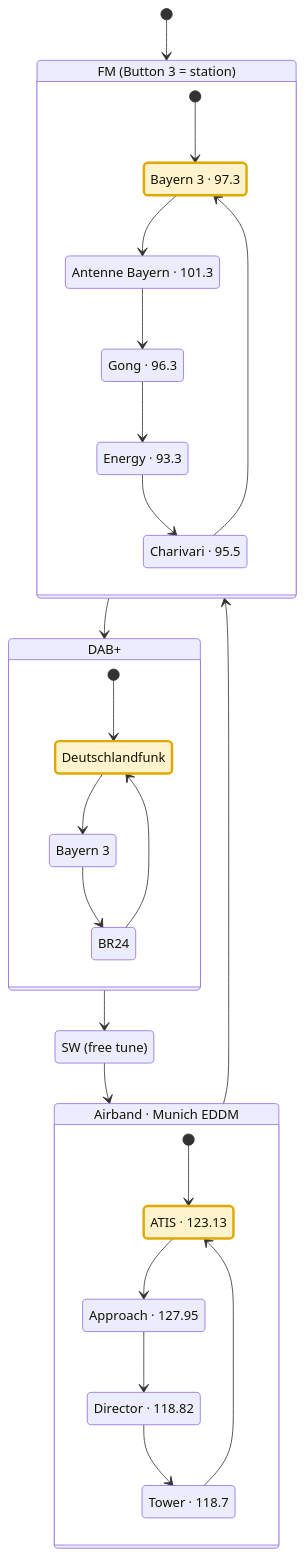
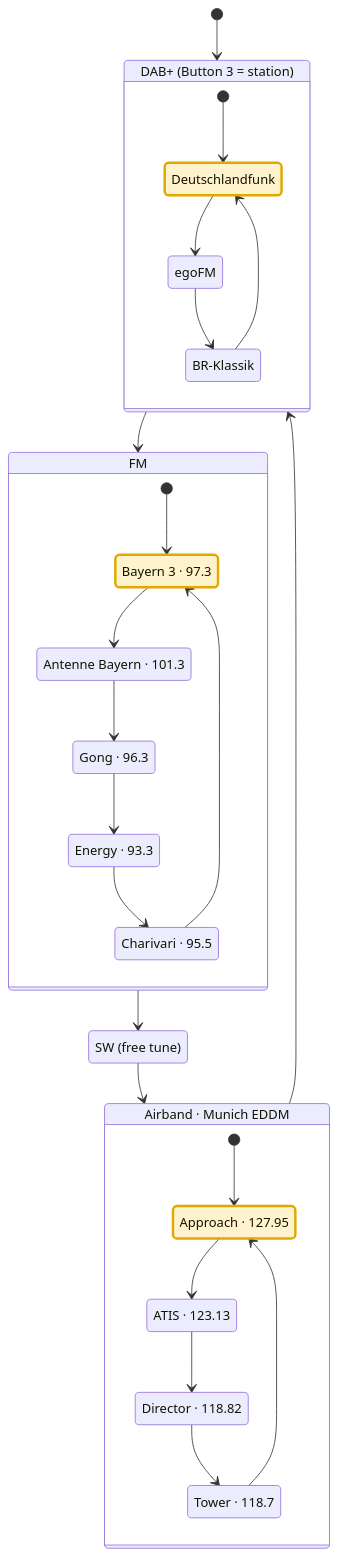
Before and after one commit to hgn/balkon-borg: the second of 2 diagrams in src/architecture.md, drawn with Mermaid. The commit also changed other lines of this file and 2 other files, not shown here.

First line of the commit message:
src: SDR idle default = ADS-B; refine station lists and order

````diff
--- a/src/architecture.md
+++ b/src/architecture.md
@@ -180,44 +181,44 @@
 ```mermaid
 stateDiagram-v2
-  [*] --> FM
-  FM --> DAB
-  DAB --> SW
+  [*] --> DAB
+  DAB --> FM
+  FM --> SW
   SW --> Airband
-  Airband --> FM
-  state "FM  (Button 3 = station)" as FM {
+  Airband --> DAB
+  state "DAB+  (Button 3 = station)" as DAB {
+    state "Deutschlandfunk" as Dlf
+    state "egoFM" as egoFM
+    state "BR-Klassik" as BRKlassik
+    [*] --> Dlf
+    Dlf --> egoFM
+    egoFM --> BRKlassik
+    BRKlassik --> Dlf
+  }
+  state "FM" as FM {
     state "Bayern 3 · 97.3" as Bayern3
     state "Antenne Bayern · 101.3" as Antenne
     state "Gong · 96.3" as Gong
     state "Energy · 93.3" as EnergyM
     state "Charivari · 95.5" as Charivari
     [*] --> Bayern3
     Bayern3 --> Antenne
     Antenne --> Gong
     Gong --> EnergyM
     EnergyM --> Charivari
     Charivari --> Bayern3
   }
-  state "DAB+" as DAB {
-    state "Deutschlandfunk" as Dlf
-    state "Bayern 3" as BR3
-    state "BR24" as BR24
-    [*] --> Dlf
-    Dlf --> BR3
-    BR3 --> BR24
-    BR24 --> Dlf
-  }
   state "SW (free tune)" as SW
   state "Airband · Munich EDDM" as Airband {
+    state "Approach · 127.95" as Approach
     state "ATIS · 123.13" as ATIS
-    state "Approach · 127.95" as Approach
     state "Director · 118.82" as Director
     state "Tower · 118.7" as Tower
-    [*] --> ATIS
-    ATIS --> Approach
-    Approach --> Director
+    [*] --> Approach
+    Approach --> ATIS
+    ATIS --> Director
     Director --> Tower
-    Tower --> ATIS
+    Tower --> Approach
   }
   classDef boot fill:#fff3cd,stroke:#e0a800,stroke-width:3px
-  class Bayern3,Dlf,ATIS boot
+  class Bayern3,Dlf,Approach boot
 ```
````
